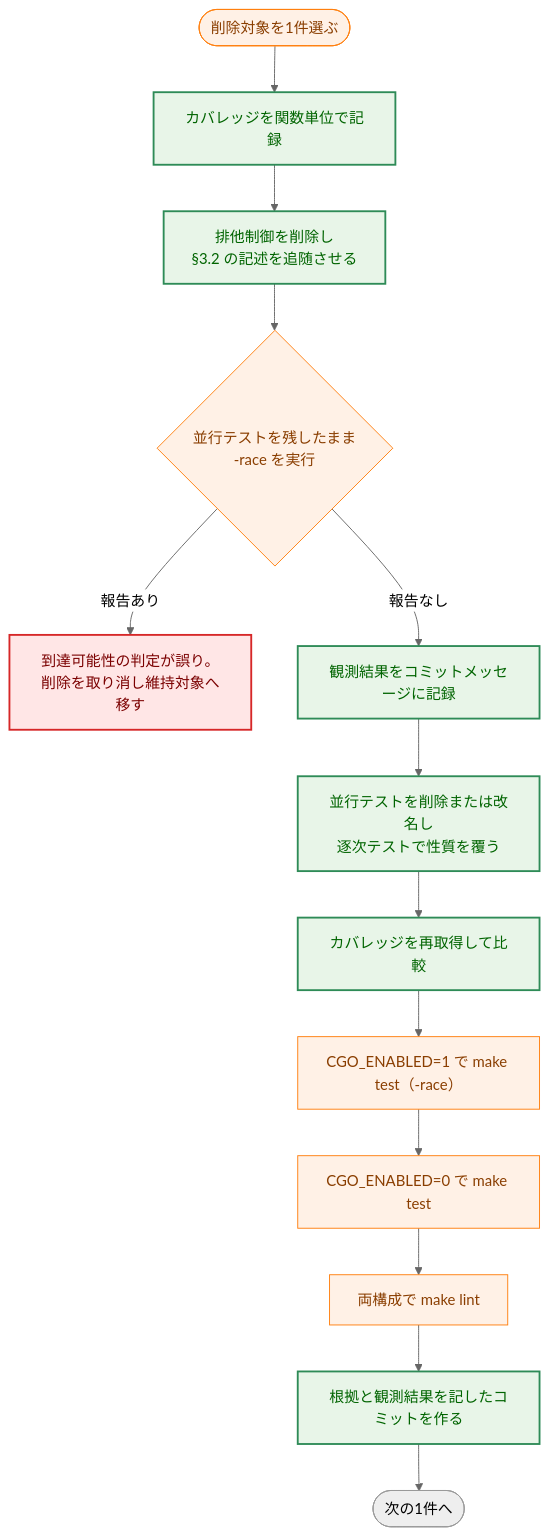
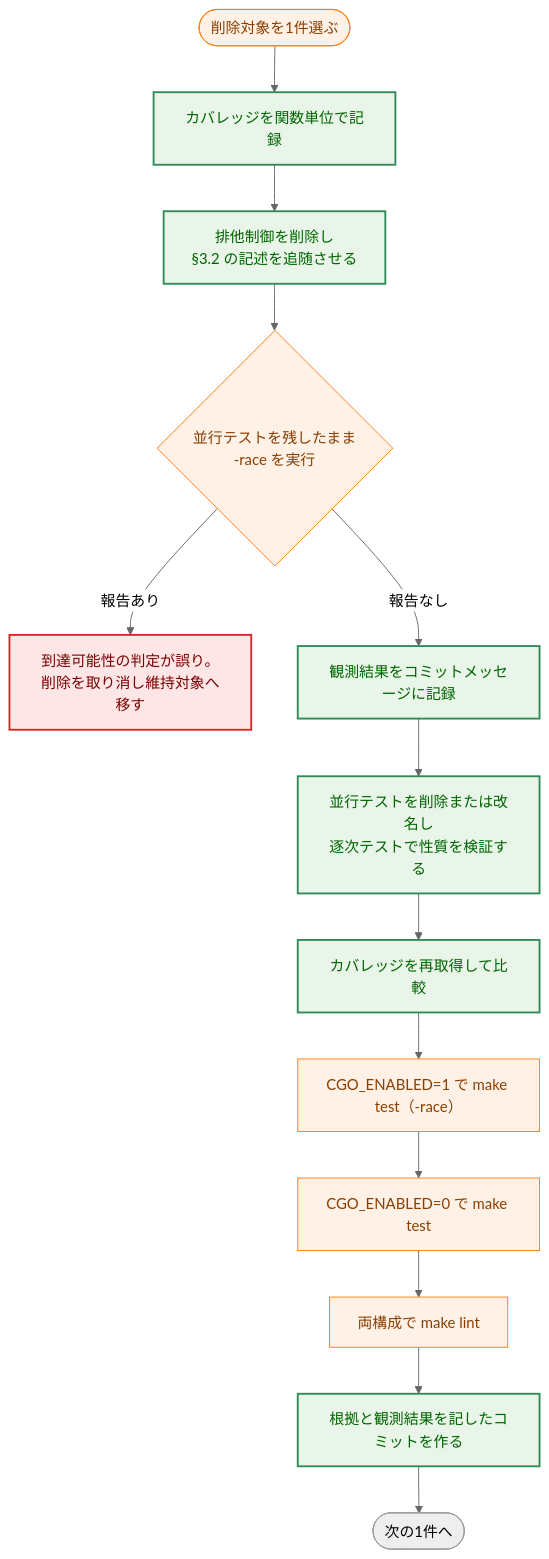
One commit to isseis/go-safe-cmd-runner changed the tenth of 11 diagrams in docs/tasks/0170_excess_synchronization_removal/02_architecture.md. Above: the diagram before and after it, drawn with Mermaid (neutral theme). The commit also changed other lines of this file and 1 other file, not shown here.

First line of the commit message:
docs(0170): reword "cover" from 覆う/被覆 in requirements and architecture

````diff
--- a/docs/tasks/0170_excess_synchronization_removal/02_architecture.md
+++ b/docs/tasks/0170_excess_synchronization_removal/02_architecture.md
@@ -800,23 +800,23 @@
 ```mermaid
 flowchart TD
     classDef process fill:#fff1e6,stroke:#ff7f0e,stroke-width:1px,color:#8a3e00;
     classDef enhanced fill:#e8f5e8,stroke:#2e8b57,stroke-width:2px,color:#006400;
     classDef problem fill:#ffe6e6,stroke:#d62728,stroke-width:2px,color:#7b0000;
 
     S(["削除対象を1件選ぶ"]) --> C0["カバレッジを関数単位で記録"]
     C0 --> R["排他制御を削除し<br>§3.2 の記述を追随させる"]
     R --> OBS{"並行テストを残したまま<br>-race を実行"}
     OBS -->|"報告あり"| FB["到達可能性の判定が誤り。<br>削除を取り消し維持対象へ移す"]
     OBS -->|"報告なし"| REC["観測結果をコミットメッセージに記録"]
-    REC --> D2["並行テストを削除または改名し<br>逐次テストで性質を覆う"]
+    REC --> D2["並行テストを削除または改名し<br>逐次テストで性質を検証する"]
     D2 --> C3["カバレッジを再取得して比較"]
     C3 --> V1["CGO_ENABLED=1 で make test（-race）"]
     V1 --> V2["CGO_ENABLED=0 で make test"]
     V2 --> V3["両構成で make lint"]
     V3 --> CM["根拠と観測結果を記したコミットを作る"]
     CM --> E(["次の1件へ"])
 
     class S,OBS,V1,V2,V3 process
     class C0,R,REC,D2,C3,CM enhanced
     class FB problem
 ```
````
